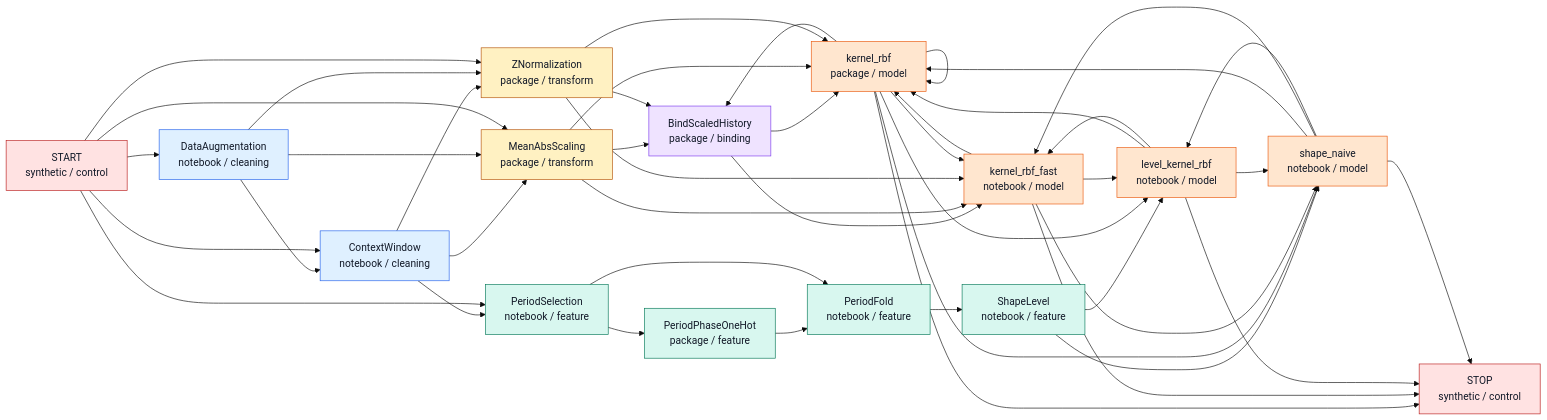
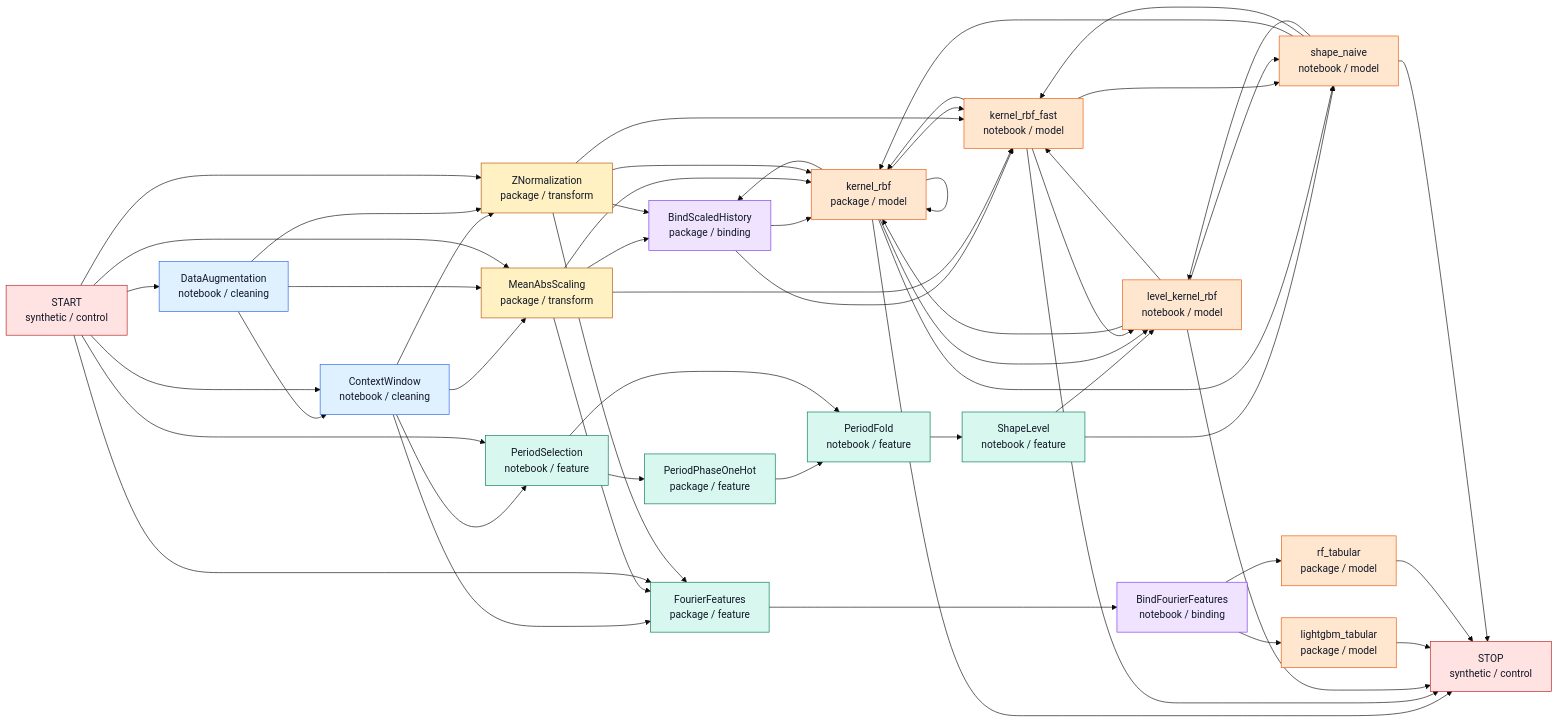
The first of 2 diagrams in token_graph_catalog/outputs/token_graph.md (chahineNejm/graph_Time_series), drawn with Mermaid (base theme) before and after one commit. The commit also changed other lines of this file and 10 other files, not shown here.

````diff
--- a/token_graph_catalog/outputs/token_graph.md
+++ b/token_graph_catalog/outputs/token_graph.md
@@ -11,69 +11,82 @@
 ```mermaid
 flowchart LR
   n_START["START<br/>synthetic / control"]:::control
   n_STOP["STOP<br/>synthetic / control"]:::control
   n_ContextWindow["ContextWindow<br/>notebook / cleaning"]:::cleaning
   n_DataAugmentation["DataAugmentation<br/>notebook / cleaning"]:::cleaning
   n_MeanAbsScaling["MeanAbsScaling<br/>package / transform"]:::transform
   n_ZNormalization["ZNormalization<br/>package / transform"]:::transform
+  n_FourierFeatures["FourierFeatures<br/>package / feature"]:::feature
   n_PeriodFold["PeriodFold<br/>notebook / feature"]:::feature
   n_PeriodPhaseOneHot["PeriodPhaseOneHot<br/>package / feature"]:::feature
   n_PeriodSelection["PeriodSelection<br/>notebook / feature"]:::feature
   n_ShapeLevel["ShapeLevel<br/>notebook / feature"]:::feature
+  n_BindFourierFeatures["BindFourierFeatures<br/>notebook / binding"]:::binding
   n_BindScaledHistory["BindScaledHistory<br/>package / binding"]:::binding
   n_kernel_rbf["kernel_rbf<br/>package / model"]:::model
   n_kernel_rbf_fast["kernel_rbf_fast<br/>notebook / model"]:::model
   n_level_kernel_rbf["level_kernel_rbf<br/>notebook / model"]:::model
+  n_lightgbm_tabular["lightgbm_tabular<br/>package / model"]:::model
+  n_rf_tabular["rf_tabular<br/>package / model"]:::model
   n_shape_naive["shape_naive<br/>notebook / model"]:::model
+  n_BindFourierFeatures --> n_lightgbm_tabular
+  n_BindFourierFeatures --> n_rf_tabular
   n_BindScaledHistory --> n_kernel_rbf
   n_BindScaledHistory --> n_kernel_rbf_fast
+  n_ContextWindow --> n_FourierFeatures
   n_ContextWindow --> n_MeanAbsScaling
   n_ContextWindow --> n_PeriodSelection
   n_ContextWindow --> n_ZNormalization
   n_DataAugmentation --> n_ContextWindow
   n_DataAugmentation --> n_MeanAbsScaling
   n_DataAugmentation --> n_ZNormalization
+  n_FourierFeatures --> n_BindFourierFeatures
   n_MeanAbsScaling --> n_BindScaledHistory
+  n_MeanAbsScaling --> n_FourierFeatures
   n_MeanAbsScaling --> n_kernel_rbf
   n_MeanAbsScaling --> n_kernel_rbf_fast
   n_PeriodFold --> n_ShapeLevel
   n_PeriodPhaseOneHot --> n_PeriodFold
   n_PeriodSelection --> n_PeriodFold
   n_PeriodSelection --> n_PeriodPhaseOneHot
   n_START --> n_ContextWindow
   n_START --> n_DataAugmentation
+  n_START --> n_FourierFeatures
   n_START --> n_MeanAbsScaling
   n_START --> n_PeriodSelection
   n_START --> n_ZNormalization
   n_ShapeLevel --> n_level_kernel_rbf
   n_ShapeLevel --> n_shape_naive
   n_ZNormalization --> n_BindScaledHistory
+  n_ZNormalization --> n_FourierFeatures
   n_ZNormalization --> n_kernel_rbf
   n_ZNormalization --> n_kernel_rbf_fast
   n_kernel_rbf --> n_BindScaledHistory
   n_kernel_rbf --> n_STOP
   n_kernel_rbf --> n_kernel_rbf
   n_kernel_rbf --> n_kernel_rbf_fast
   n_kernel_rbf --> n_level_kernel_rbf
   n_kernel_rbf --> n_shape_naive
   n_kernel_rbf_fast --> n_STOP
   n_kernel_rbf_fast --> n_kernel_rbf
   n_kernel_rbf_fast --> n_level_kernel_rbf
   n_kernel_rbf_fast --> n_shape_naive
   n_level_kernel_rbf --> n_STOP
   n_level_kernel_rbf --> n_kernel_rbf
   n_level_kernel_rbf --> n_kernel_rbf_fast
   n_level_kernel_rbf --> n_shape_naive
+  n_lightgbm_tabular --> n_STOP
+  n_rf_tabular --> n_STOP
   n_shape_naive --> n_STOP
   n_shape_naive --> n_kernel_rbf
   n_shape_naive --> n_kernel_rbf_fast
   n_shape_naive --> n_level_kernel_rbf
   classDef control fill:#ffe2e2,stroke:#b91c1c,stroke-width:1px,color:#111827
   classDef cleaning fill:#dff0ff,stroke:#2563eb,stroke-width:1px,color:#111827
   classDef transform fill:#fff1c2,stroke:#b45309,stroke-width:1px,color:#111827
   classDef feature fill:#d8f7ef,stroke:#047857,stroke-width:1px,color:#111827
   classDef binding fill:#efe3ff,stroke:#7c3aed,stroke-width:1px,color:#111827
   classDef model fill:#ffe6cf,stroke:#ea580c,stroke-width:1px,color:#111827
   classDef planned fill:#f4f4f5,stroke:#71717a,stroke-width:1px,color:#111827
   classDef terminal fill:#f0fdf4,stroke:#166534,stroke-width:1px,color:#111827
 ```
````
